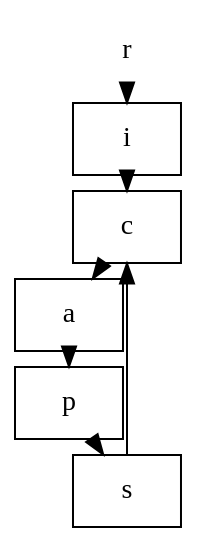
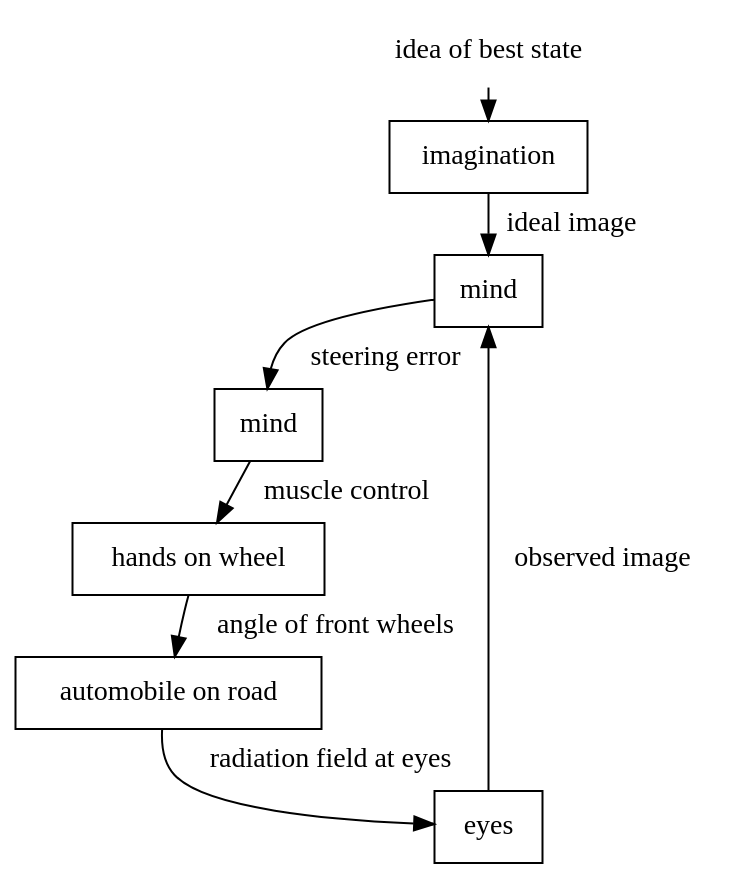
One commit to tevaughan/control changed the diagram in fcds/pr01-01-a.dot. Above: the diagram before and after it, drawn with Graphviz. The commit also changed 3 other files, not shown here.

Commit message:
Added proper diagram from Drebbel's incubator.

```diff
--- a/fcds/pr01-01-a.dot
+++ b/fcds/pr01-01-a.dot
@@ -1,19 +1,21 @@
 
 digraph pr01_01_a {
    nodesep=0.01
    ranksep=0.01
    pad=0
-   r [shape=none, texlbl="\parbox{2.4cm}{\center reference signal (idea of best state)}"];
+   r [shape=none, label="idea of best state"];
    node [shape=box,margin=0.1];
-   i [texlbl="\parbox{2.0cm}{\center input filter (imagination)}"];
-   c [texlbl="\parbox{3.5cm}{\center comparator and controller (mind)}"];
-   a [texlbl="\parbox{1.9cm}{\center actuator (hands on wheel)}"];
-   p [texlbl="\parbox{1.9cm}{\center process (automobile on road)}"];
-   s [texlbl="\parbox{1.6cm}{\center sensor (eyes)}"];
+   i [label="imagination"];
+   cp [label="mind"];
+   ct [label="mind"];
+   a [label="hands on wheel"];
+   p [label="automobile on road"];
+   s [label="eyes"];
    r -> i;
-   i -> c [texlbl="\parbox{1.9cm}{\flushleft neural signal of ideal image}"];
-   c -> a [texlbl="\parbox{1.6cm}{\flushleft motor-nerve signal}"];
-   a -> p [texlbl="\parbox{1.7cm}{\flushleft angle of front wheels}"];
-   p -> s [texlbl="\parbox{1.9cm}{\flushleft automobile's state on road}"];
-   s -> c [texlbl="\parbox{1.7cm}{\flushleft neural signal of image}",weight=5];
+   i -> cp [label="ideal image"];
+   cp -> ct [label="steering error"];
+   ct -> a [label="muscle control"];
+   a -> p [label="angle of front wheels"];
+   p -> s [label="radiation field at eyes"];
+   s -> cp [label="observed image",weight=5];
 }
```
